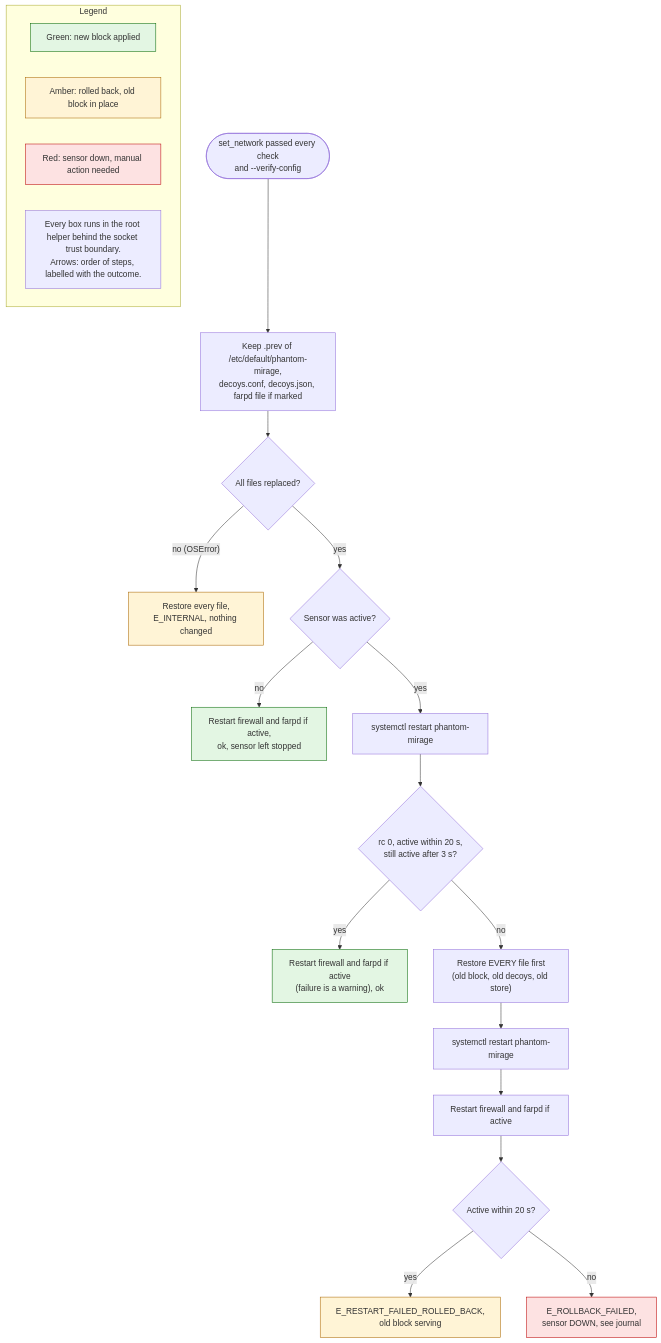
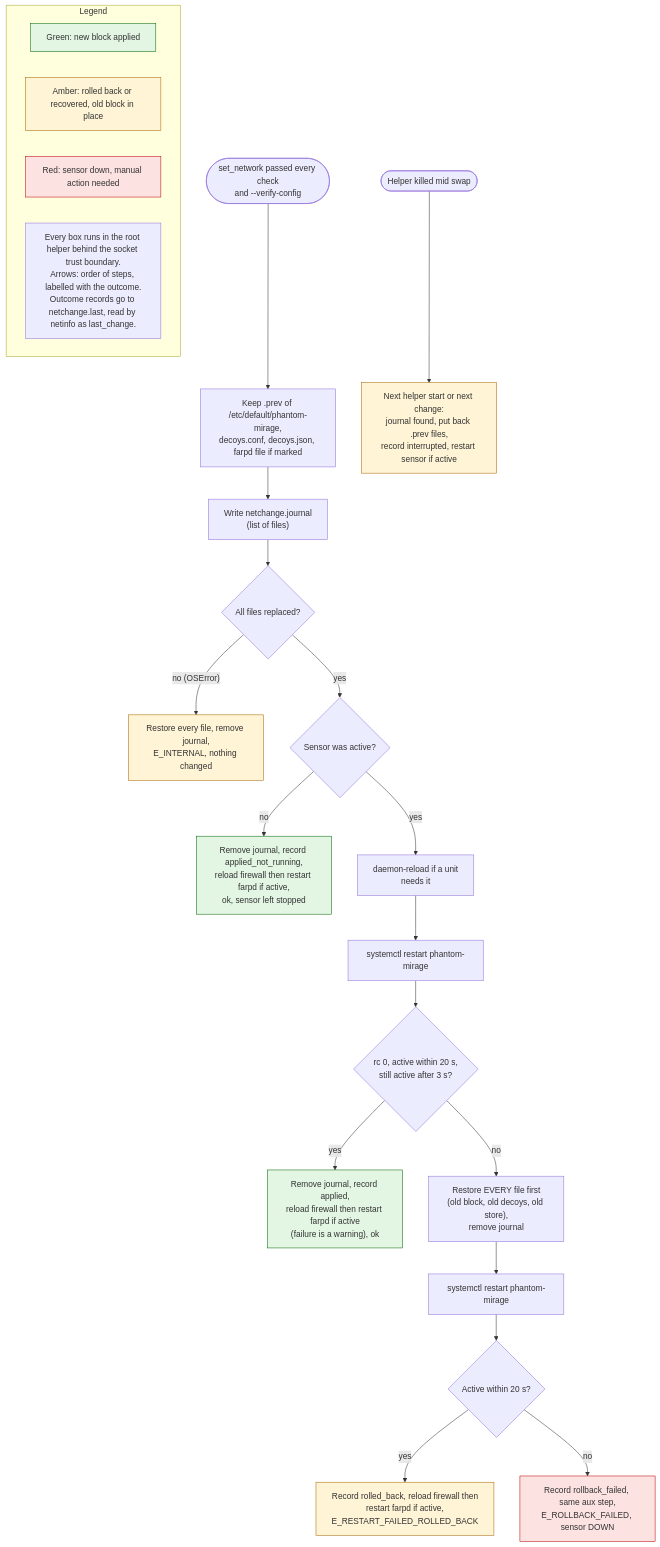
The diagram in docs/design/img/src/07-set-network-rollback.mmd (danieldejager/phantom-mirage), drawn with Mermaid before and after one commit. The commit also changed 10 other files, not shown here.

```diff
--- a/docs/design/img/src/07-set-network-rollback.mmd
+++ b/docs/design/img/src/07-set-network-rollback.mmd
@@ -1,27 +1,29 @@
 flowchart TD
   A(["set_network passed every check<br/>and --verify-config"]) --> B["Keep .prev of /etc/default/phantom-mirage,<br/>decoys.conf, decoys.json, farpd file if marked"]
-  B --> C{"All files replaced?"}
-  C -- "no (OSError)" --> R0["Restore every file,<br/>E_INTERNAL, nothing changed"]
+  B --> J["Write netchange.journal<br/>(list of files)"]
+  J --> C{"All files replaced?"}
+  C -- "no (OSError)" --> R0["Restore every file, remove journal,<br/>E_INTERNAL, nothing changed"]
   C -- yes --> SA{"Sensor was active?"}
-  SA -- no --> OK0["Restart firewall and farpd if active,<br/>ok, sensor left stopped"]
-  SA -- yes --> D["systemctl restart phantom-mirage"]
+  SA -- no --> OK0["Remove journal, record applied_not_running,<br/>reload firewall then restart farpd if active,<br/>ok, sensor left stopped"]
+  SA -- yes --> DR["daemon-reload if a unit<br/>needs it"]
+  DR --> D["systemctl restart phantom-mirage"]
   D --> E{"rc 0, active within 20 s,<br/>still active after 3 s?"}
-  E -- yes --> OK1["Restart firewall and farpd if active<br/>(failure is a warning), ok"]
-  E -- no --> F["Restore EVERY file first<br/>(old block, old decoys, old store)"]
+  E -- yes --> OK1["Remove journal, record applied,<br/>reload firewall then restart farpd if active<br/>(failure is a warning), ok"]
+  E -- no --> F["Restore EVERY file first<br/>(old block, old decoys, old store),<br/>remove journal"]
   F --> G["systemctl restart phantom-mirage"]
-  G --> AUX["Restart firewall and farpd if active"]
-  AUX --> H{"Active within 20 s?"}
-  H -- yes --> N["E_RESTART_FAILED_ROLLED_BACK,<br/>old block serving"]
-  H -- no --> O["E_ROLLBACK_FAILED,<br/>sensor DOWN, see journal"]
+  G --> H{"Active within 20 s?"}
+  H -- yes --> N["Record rolled_back, reload firewall then<br/>restart farpd if active,<br/>E_RESTART_FAILED_ROLLED_BACK"]
+  H -- no --> O["Record rollback_failed, same aux step,<br/>E_ROLLBACK_FAILED, sensor DOWN"]
+  K(["Helper killed mid swap"]) --> KR["Next helper start or next change:<br/>journal found, put back .prev files,<br/>record interrupted, restart sensor if active"]
   classDef bad fill:#fde2e2,stroke:#b00
   classDef good fill:#e3f6e3,stroke:#060
   classDef warn fill:#fff4d6,stroke:#a60
-  class R0,N warn
+  class R0,N,KR warn
   class O bad
   class OK0,OK1 good
   subgraph LEG["Legend"]
     LG1["Green: new block applied"]:::good
-    LG2["Amber: rolled back, old block in place"]:::warn
+    LG2["Amber: rolled back or recovered, old block in place"]:::warn
     LG3["Red: sensor down, manual action needed"]:::bad
-    LG4["Every box runs in the root helper behind the socket trust boundary.<br/>Arrows: order of steps, labelled with the outcome."]
+    LG4["Every box runs in the root helper behind the socket trust boundary.<br/>Arrows: order of steps, labelled with the outcome.<br/>Outcome records go to netchange.last, read by netinfo as last_change."]
   end
```
